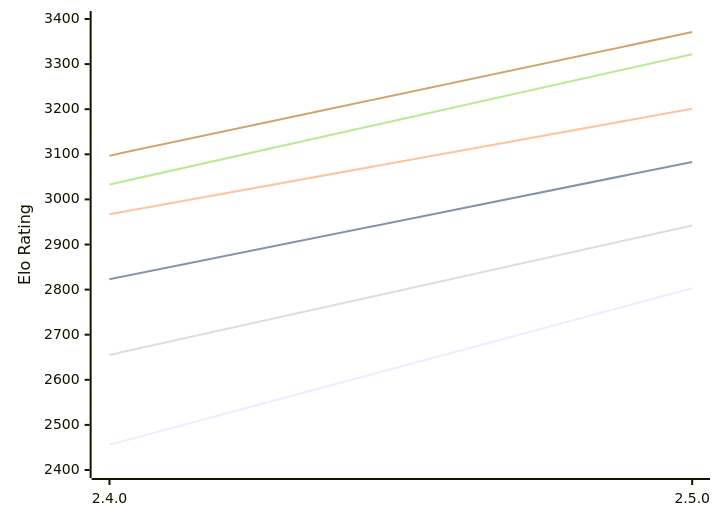
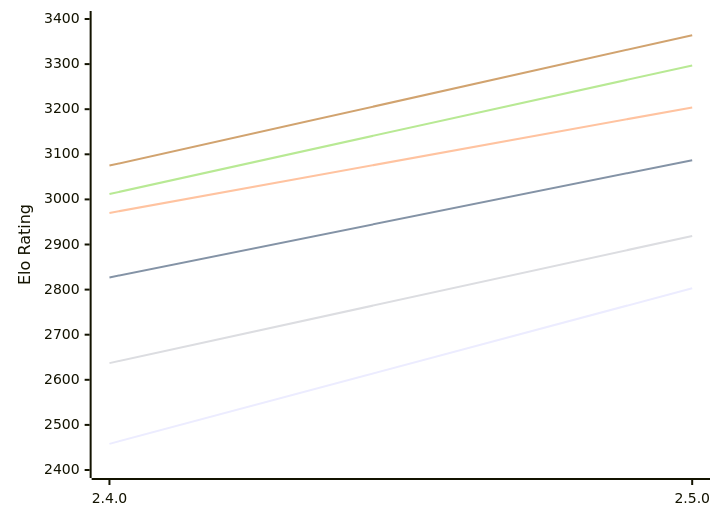
The diagram in engines/Rarog.md (computer-chess-index/cci), drawn with Mermaid before and after one commit. The commit also changed other lines of this file, not shown here.

Commit message:
Update CCI Ratings (ELO VLTC) - 2026-10-18

````diff
--- a/engines/Rarog.md
+++ b/engines/Rarog.md
@@ -49,12 +49,12 @@
 ```mermaid
 %%{init: {"theme":"base","themeVariables":{"seriesColors:['#a3a3a3','#222221','#faa371']}}}%%
 xychart-beta
   x-axis ["2.4.0", "2.5.0"]
   y-axis "Elo Rating" 2400 --> 3400
-  line "E1: STC (8.0+0.08s)" [2456, 2803]
-  line "E1: LTC (60.0+0.60s)" [2823, 3083]
-  line "E1: VLTC (2m24s+1.12s)" [2967, 3201]
-  line "P1: STC (8.0+0.08s)" [2655, 2942]
-  line "P1: LTC (60.0+0.60s)" [3033, 3322]
-  line "P1: VLTC (2m24s+1.12s)" [3097, 3371]
+  line "E1: STC (8.0+0.08s)" [2458, 2803]
+  line "E1: LTC (60.0+0.60s)" [2827, 3087]
+  line "E1: VLTC (2m24s+1.12s)" [2970, 3204]
+  line "P1: STC (8.0+0.08s)" [2637, 2919]
+  line "P1: LTC (60.0+0.60s)" [3012, 3297]
+  line "P1: VLTC (2m24s+1.12s)" [3075, 3364]
 ```
````
